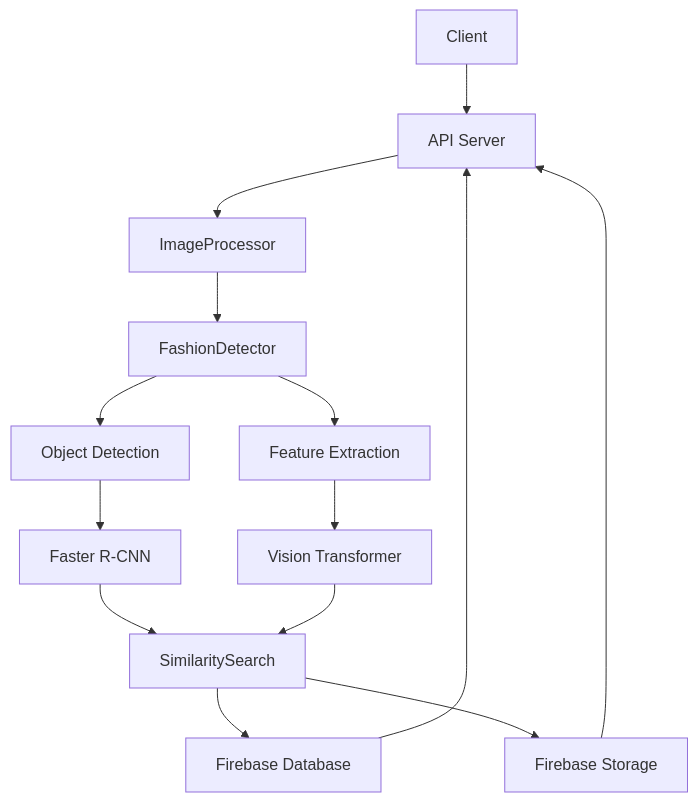
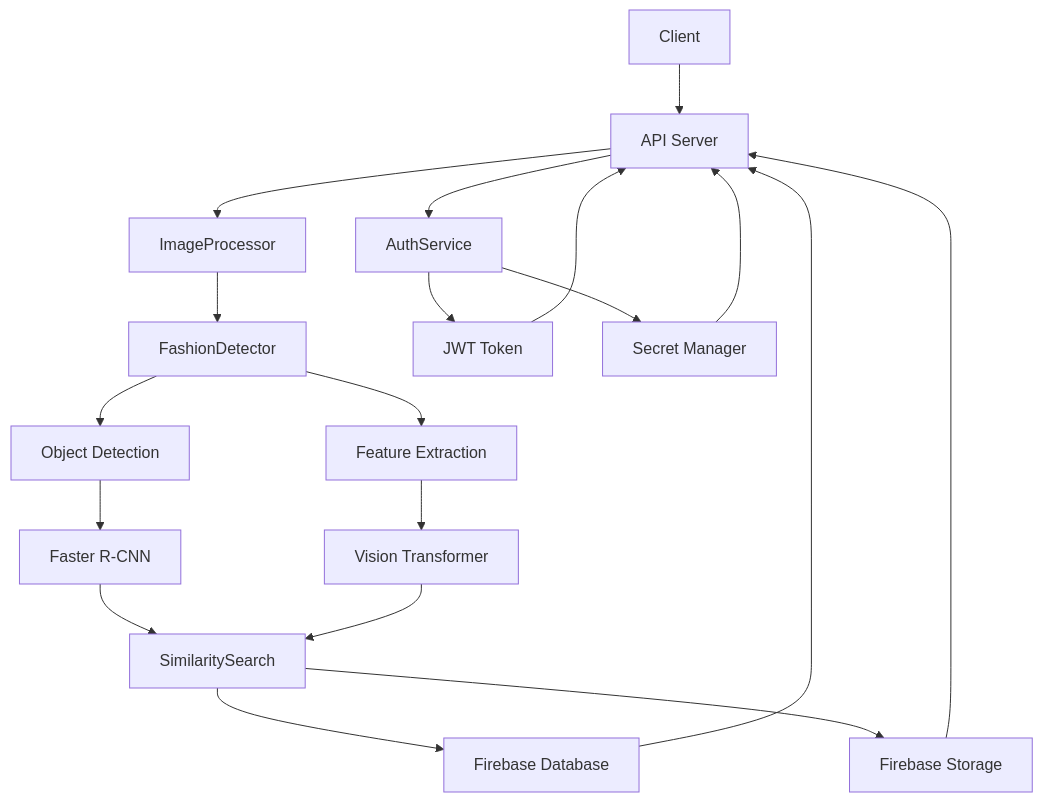
Before and after one commit to J3r3my97/self-mcp: the diagram in .cursor/rules/systemPatterns.md, drawn with Mermaid. The commit also changed other lines of this file and 21 other files, not shown here.

````diff
--- a/.cursor/rules/systemPatterns.md
+++ b/.cursor/rules/systemPatterns.md
@@ -6,16 +6,21 @@
 ```mermaid
 graph TD
     A[Client] --> B[API Server]
     B --> C[ImageProcessor]
     C --> D[FashionDetector]
     D --> E[Object Detection]
     D --> F[Feature Extraction]
     E --> G[Faster R-CNN]
     F --> H[Vision Transformer]
     G --> I[SimilaritySearch]
     H --> I
     I --> J[Firebase Database]
     I --> K[Firebase Storage]
     J --> B
     K --> B
+    B --> L[AuthService]
+    L --> M[JWT Token]
+    L --> N[Secret Manager]
+    M --> B
+    N --> B
 ```
````
